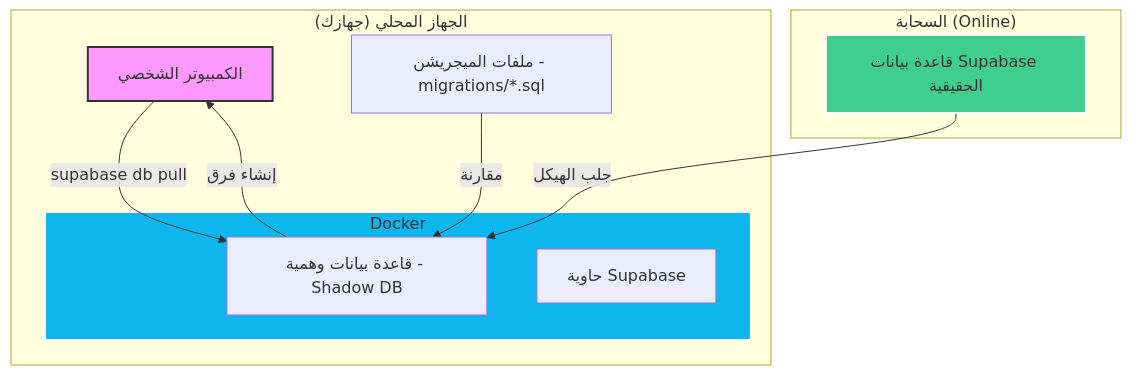
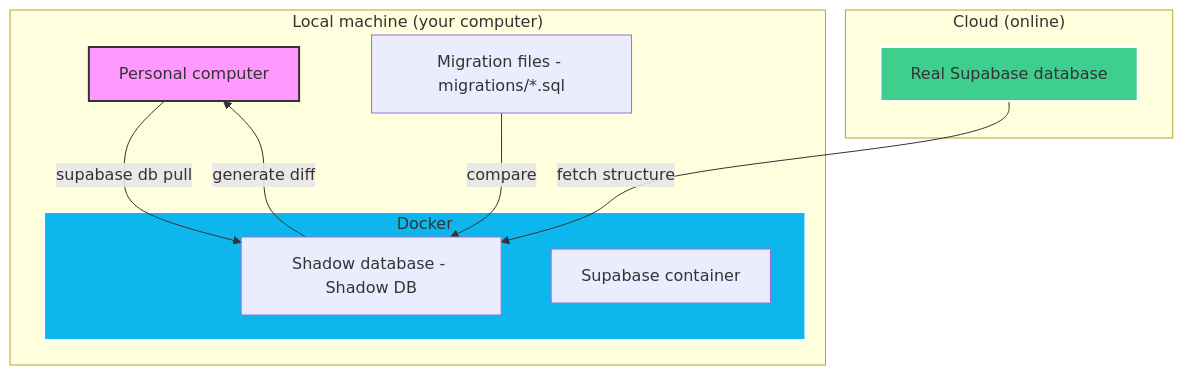
Before and after one commit to fotedev/Masar-x-next: the diagram in docs/diagrams/docker_explanation.mmd, drawn with Mermaid. The commit also changed 15 other files, not shown here.

```diff
--- a/docs/diagrams/docker_explanation.mmd
+++ b/docs/diagrams/docker_explanation.mmd
@@ -1,22 +1,22 @@
 graph TD
-    subgraph "الجهاز المحلي (جهازك)"
-        PC[الكمبيوتر الشخصي]
+    subgraph "Local machine (your computer)"
+        PC[Personal computer]
         subgraph "Docker"
-            ShadowDB[قاعدة بيانات وهمية - Shadow DB]
-            Container[حاوية Supabase]
+            ShadowDB[Shadow database - Shadow DB]
+            Container[Supabase container]
         end
-        Migrations[ملفات الميجريشن - migrations/*.sql]
+        Migrations[Migration files - migrations/*.sql]
     end
 
-    subgraph "السحابة (Online)"
-        RemoteDB[قاعدة بيانات Supabase الحقيقية]
+    subgraph "Cloud (online)"
+        RemoteDB[Real Supabase database]
     end
 
     PC -->|supabase db pull| ShadowDB
-    Migrations -->|مقارنة| ShadowDB
-    RemoteDB -->|جلب الهيكل| ShadowDB
-    ShadowDB -->|إنشاء فرق| PC
+    Migrations -->|compare| ShadowDB
+    RemoteDB -->|fetch structure| ShadowDB
+    ShadowDB -->|generate diff| PC
 
     style PC fill:#f9f,stroke:#333,stroke-width:2px
     style Docker fill:#0db7ed,stroke:#fff,stroke-width:2px
     style RemoteDB fill:#3ecf8e,stroke:#fff,stroke-width:2px
```
